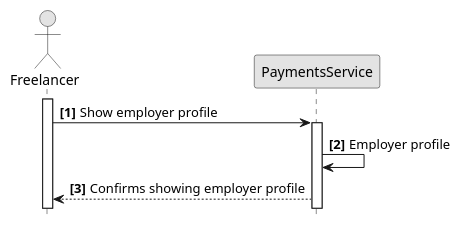
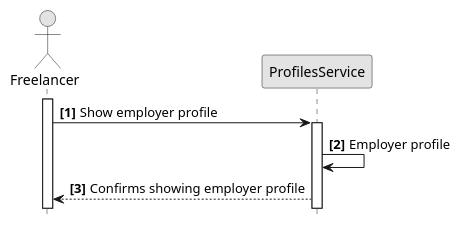
The diagram in src/software-architecture/sequence/freelancer-flow/employer-profile.pu (converge-app/diagrams), drawn with PlantUML before and after one commit. The commit also changed 7 other files, not shown here.

```diff
--- a/src/software-architecture/sequence/freelancer-flow/employer-profile.pu
+++ b/src/software-architecture/sequence/freelancer-flow/employer-profile.pu
@@ -1,16 +1,16 @@
 @startuml
 hide footbox
 autonumber "<b>[0]"
 skinparam monochrome true
 
 actor Freelancer
-participant PaymentsService
+participant ProfilesService
 
 activate Freelancer
-Freelancer -> PaymentsService: Show employer profile
+Freelancer -> ProfilesService: Show employer profile
 
-activate PaymentsService
-PaymentsService -> PaymentsService: Employer profile
-PaymentsService --> Freelancer: Confirms showing employer profile
+activate ProfilesService
+ProfilesService -> ProfilesService: Employer profile
+ProfilesService --> Freelancer: Confirms showing employer profile
 
 @enduml
```
